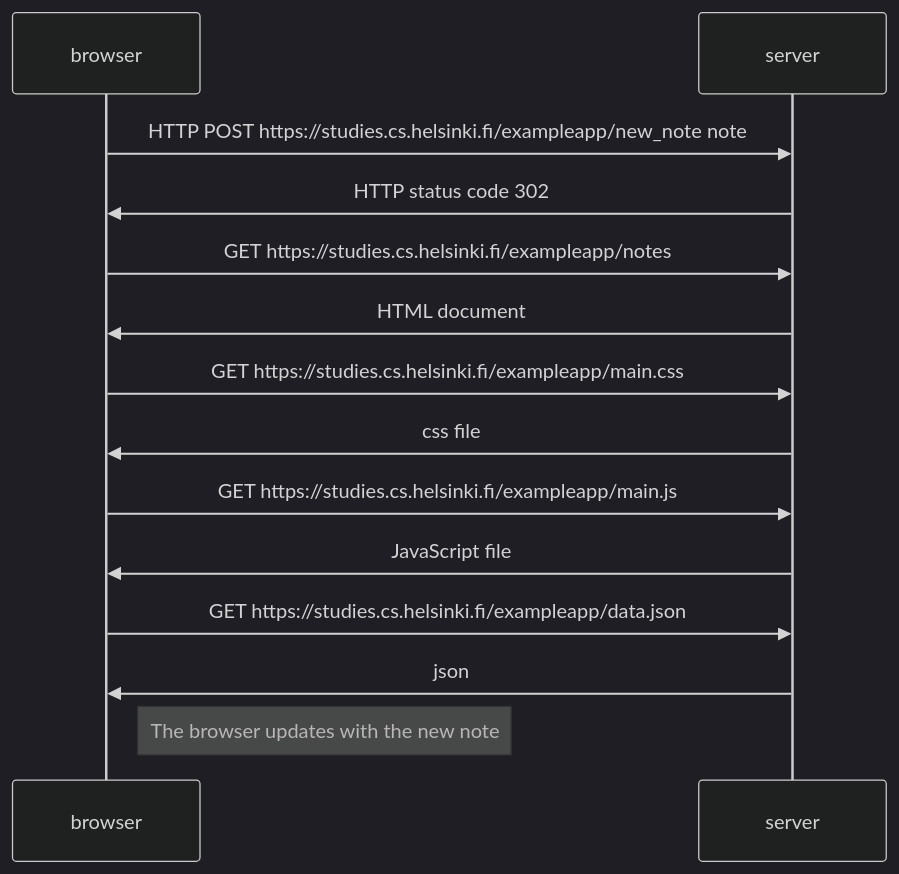
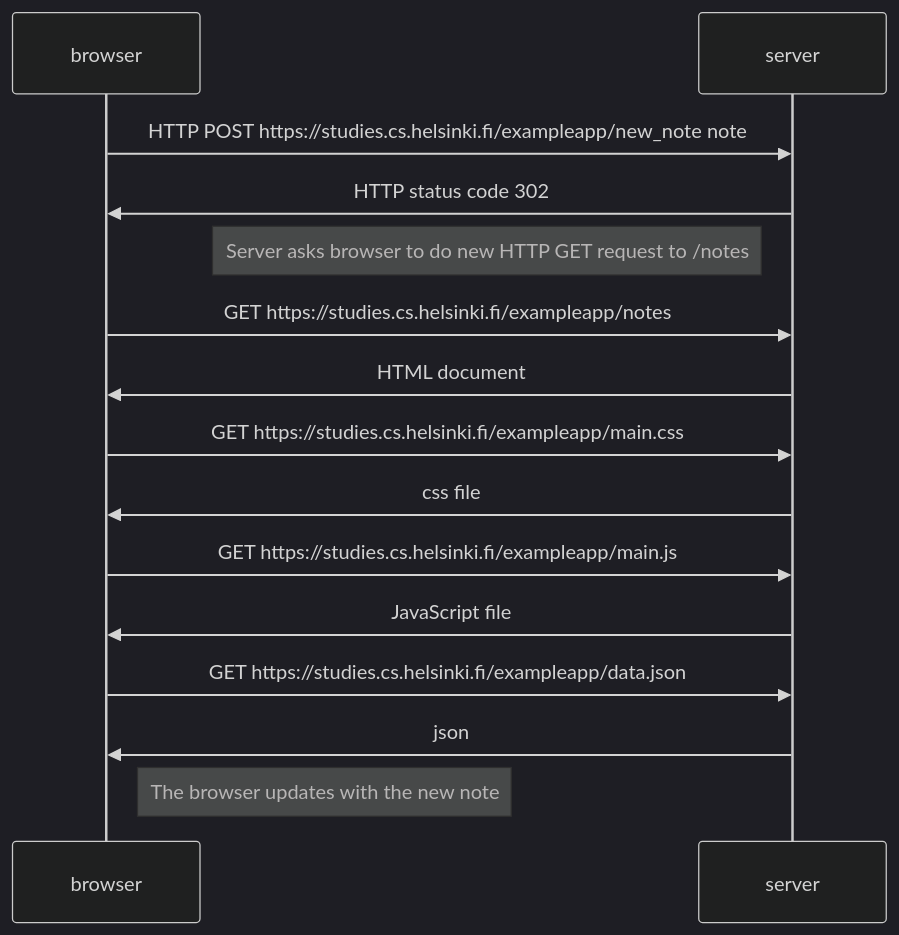
The diagram in first_test.md (jtrussell10/fso-part-0), drawn with Mermaid (dark theme) before and after one commit.

Commit message:
More tests of Mermaid

````diff
--- a/first_test.md
+++ b/first_test.md
@@ -1,17 +1,18 @@
 ```mermaid
 sequenceDiagram
     participant browser
     participant server
     browser->>server: HTTP POST https://studies.cs.helsinki.fi/exampleapp/new_note note
     server->>browser: HTTP status code 302
+    Note left of server: Server asks browser to do new HTTP GET request to /notes
     browser->>server: GET https://studies.cs.helsinki.fi/exampleapp/notes
     server->>browser: HTML document
     browser->> server: GET https://studies.cs.helsinki.fi/exampleapp/main.css
     server->> browser: css file 
     browser->> server: GET https://studies.cs.helsinki.fi/exampleapp/main.js 
     server->> browser: JavaScript file
     browser->>server: GET https://studies.cs.helsinki.fi/exampleapp/data.json
     server->>browser: json
 
     Note right of browser: The browser updates with the new note
 ```
````
